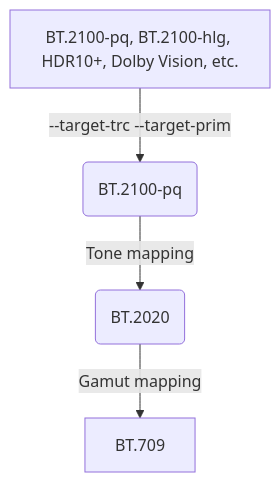
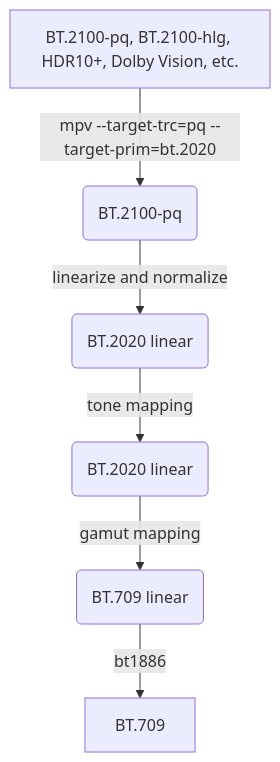
One commit to natural-harmonia-gropius/mpv-config changed the diagram in portable_config/shaders/hdr-toys/README.md. Above: the diagram before and after it, drawn with Mermaid.

````diff
--- a/portable_config/shaders/hdr-toys/README.md
+++ b/portable_config/shaders/hdr-toys/README.md
@@ -39,6 +39,8 @@
 ```mermaid
 graph TD
-    A[BT.2100-pq, BT.2100-hlg, HDR10+, Dolby Vision, etc.] -->|--target-trc --target-prim| B(BT.2100-pq)
-    B -->|Tone mapping| C(BT.2020)
-    C -->|Gamut mapping| D[BT.709]
+    A[BT.2100-pq, BT.2100-hlg, HDR10+, Dolby Vision, etc.] -->|mpv --target-trc=pq --target-prim=bt.2020| B(BT.2100-pq)
+    B -->|linearize and normalize| C(BT.2020 linear)
+    C -->|tone mapping| D(BT.2020 linear)
+    D -->|gamut mapping| E(BT.709 linear)
+    E -->|bt1886| F[BT.709]
 ```
````
